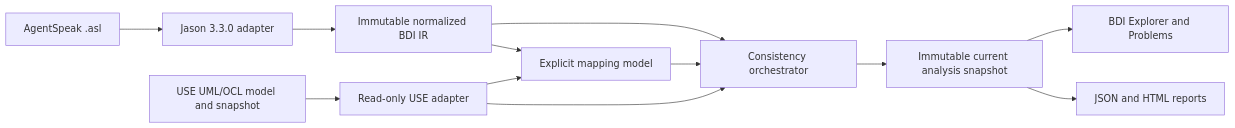
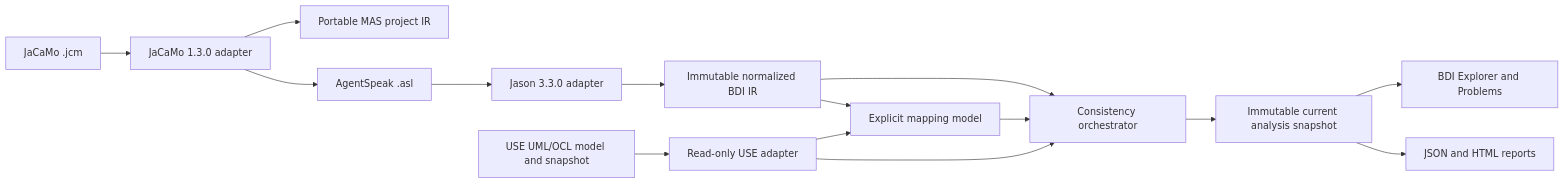
The diagram in docs/project/04_SYSTEM_ARCHITECTURE.md (nguyentrungnghia1802/USE_BDI_Plugin), drawn with Mermaid before and after one commit. The commit also changed other lines of this file and 30 other files, not shown here.

Commit message:
feat(jacamo): import static jcm project IR

````diff
--- a/docs/project/04_SYSTEM_ARCHITECTURE.md
+++ b/docs/project/04_SYSTEM_ARCHITECTURE.md
@@ -8,14 +8,17 @@
 ```mermaid
 flowchart LR
+  JCM[JaCaMo .jcm] --> JP[JaCaMo 1.3.0 adapter]
+  JP --> MAS[Portable MAS project IR]
+  JP --> ASL
   ASL[AgentSpeak .asl] --> JA[Jason 3.3.0 adapter]
   JA --> IR[Immutable normalized BDI IR]
   USE[USE UML/OCL model and snapshot] --> UA[Read-only USE adapter]
   IR --> MAP[Explicit mapping model]
   UA --> MAP
   IR --> VAL[Consistency orchestrator]
   MAP --> VAL
   UA --> VAL
   VAL --> SNAP[Immutable current analysis snapshot]
   SNAP --> GUI[BDI Explorer and Problems]
   SNAP --> REP[JSON and HTML reports]
 ```
````
